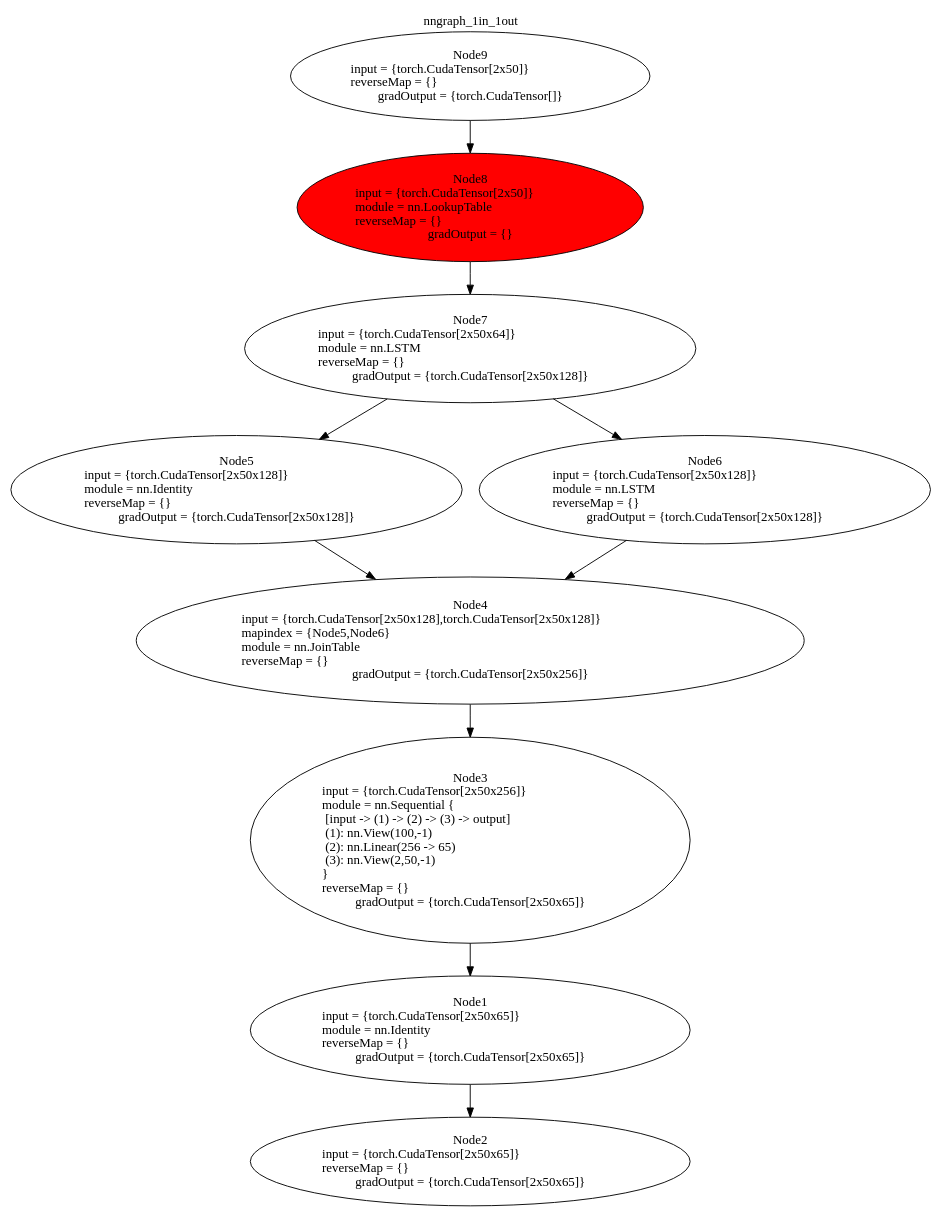
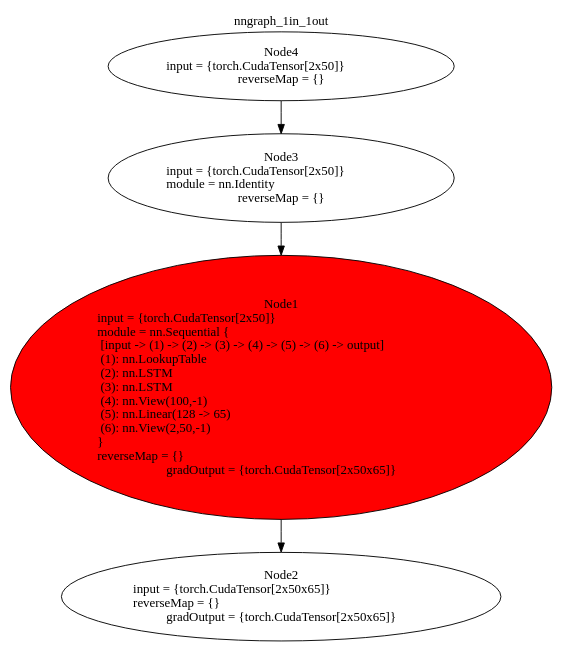
The diagram in nngraph_1in_1out.dot (DylanAuty/torch-rnn-constrained), drawn with Graphviz before and after one commit. The commit also changed 2 other files, not shown here.

```diff
--- a/nngraph_1in_1out.dot
+++ b/nngraph_1in_1out.dot
@@ -1,24 +1,13 @@
 digraph G {
 labelloc="t";
 label="nngraph_1in_1out";
 node [shape = oval]; 
-n1[label="Node1\ninput = {torch.CudaTensor[2x50x65]}\lmodule = nn.Identity\lreverseMap = {}\lgradOutput = {torch.CudaTensor[2x50x65]}" tooltip="[./LanguageModelSkipCon.lua]:123_"];
+n1[label="Node1\ninput = {torch.CudaTensor[2x50]}\lmodule = nn.Sequential {\l  [input -> (1) -> (2) -> (3) -> (4) -> (5) -> (6) -> output]\l  (1): nn.LookupTable\l  (2): nn.LSTM\l  (3): nn.LSTM\l  (4): nn.View(100,-1)\l  (5): nn.Linear(128 -> 65)\l  (6): nn.View(2,50,-1)\l}\lreverseMap = {}\lgradOutput = {torch.CudaTensor[2x50x65]}" tooltip="[./LanguageModel.lua]:87_"];
 n2[label="Node2\ninput = {torch.CudaTensor[2x50x65]}\lreverseMap = {}\lgradOutput = {torch.CudaTensor[2x50x65]}" tooltip="[[C]]:-1_"];
-n3[label="Node3\ninput = {torch.CudaTensor[2x50x256]}\lmodule = nn.Sequential {\l  [input -> (1) -> (2) -> (3) -> output]\l  (1): nn.View(100,-1)\l  (2): nn.Linear(256 -> 65)\l  (3): nn.View(2,50,-1)\l}\lreverseMap = {}\lgradOutput = {torch.CudaTensor[2x50x65]}" tooltip="[./LanguageModelSkipCon.lua]:123_"];
-n4[label="Node4\ninput = {torch.CudaTensor[2x50x128],torch.CudaTensor[2x50x128]}\lmapindex = {Node5,Node6}\lmodule = nn.JoinTable\lreverseMap = {}\lgradOutput = {torch.CudaTensor[2x50x256]}" tooltip="[./LanguageModelSkipCon.lua]:84_"];
-n5[label="Node5\ninput = {torch.CudaTensor[2x50x128]}\lmodule = nn.Identity\lreverseMap = {}\lgradOutput = {torch.CudaTensor[2x50x128]}" tooltip="[./LanguageModelSkipCon.lua]:63_"];
-n6[label="Node6\ninput = {torch.CudaTensor[2x50x128]}\lmodule = nn.LSTM\lreverseMap = {}\lgradOutput = {torch.CudaTensor[2x50x128]}" tooltip="[./LanguageModelSkipCon.lua]:78_"];
-n7[label="Node7\ninput = {torch.CudaTensor[2x50x64]}\lmodule = nn.LSTM\lreverseMap = {}\lgradOutput = {torch.CudaTensor[2x50x128]}" tooltip="[./LanguageModelSkipCon.lua]:57_"];
-n8[label="Node8\ninput = {torch.CudaTensor[2x50]}\lmodule = nn.LookupTable\lreverseMap = {}\lgradOutput = {}" tooltip="[./LanguageModelSkipCon.lua]:41_"];
-n9[label="Node9\ninput = {torch.CudaTensor[2x50]}\lreverseMap = {}\lgradOutput = {torch.CudaTensor[]}" tooltip="[[C]]:-1_"];
+n3[label="Node3\ninput = {torch.CudaTensor[2x50]}\lmodule = nn.Identity\lreverseMap = {}" tooltip="[./LanguageModel.lua]:86_"];
+n4[label="Node4\ninput = {torch.CudaTensor[2x50]}\lreverseMap = {}" tooltip="[[C]]:-1_"];
 n1 -> n2;
 n3 -> n1;
 n4 -> n3;
-n5 -> n4;
-n6 -> n4;
-n7 -> n5;
-n7 -> n6;
-n8 -> n7;
-n9 -> n8;
-n8[style=filled, fillcolor=red];
+n1[style=filled, fillcolor=red];
 }
```
